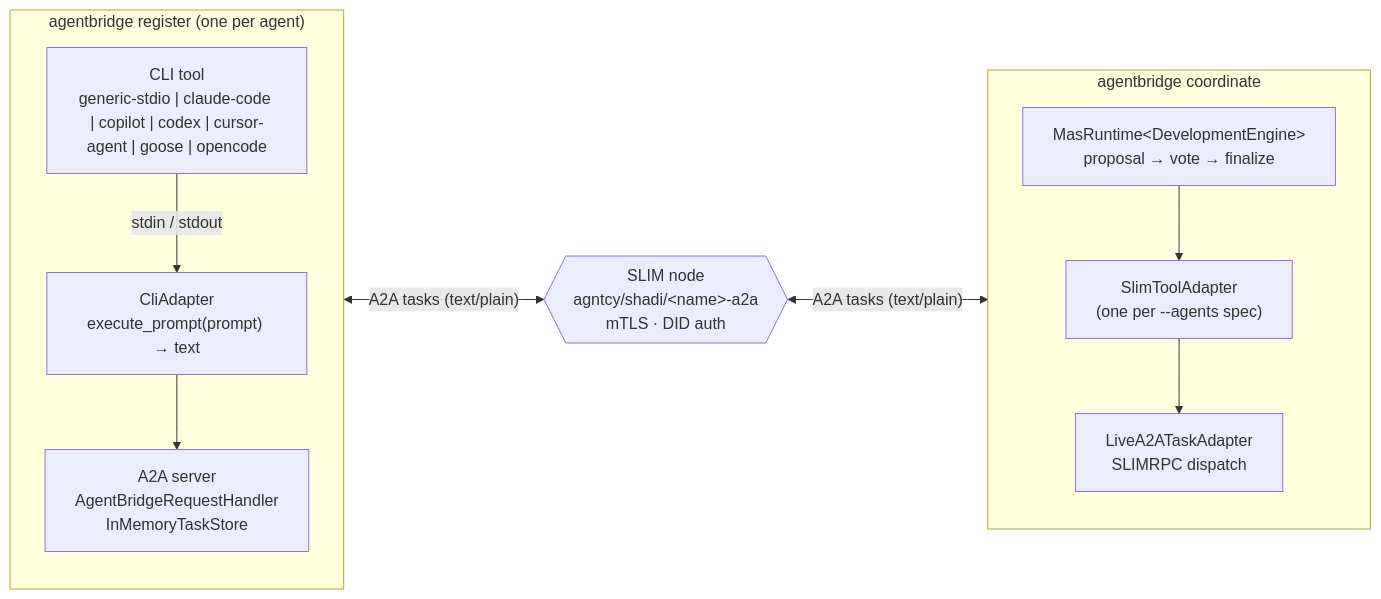
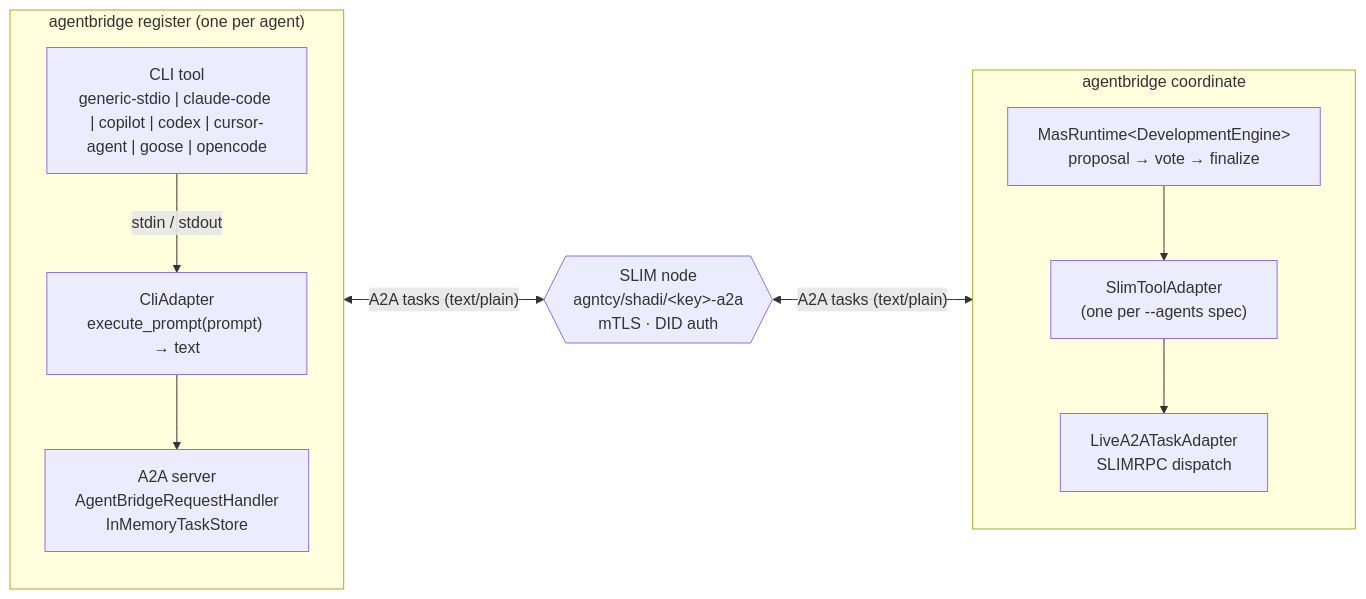
The first of 3 diagrams in docs/content/agentbridge.md (agntcy/shadi), drawn with Mermaid before and after one commit. The commit also changed other lines of this file and 10 other files, not shown here.

First line of the commit message:
feat(agentbridge)!: name a listener on SLIM after its did:key (#578)

````diff
--- a/docs/content/agentbridge.md
+++ b/docs/content/agentbridge.md
@@ -70,23 +70,23 @@
 ```mermaid
 flowchart LR
   subgraph reg["agentbridge register  (one per agent)"]
     direction TB
     tool["CLI tool\ngeneric-stdio | claude-code | copilot | codex | cursor-agent | goose | opencode"]
     ca["CliAdapter\nexecute_prompt(prompt) → text"]
     srv["A2A server\nAgentBridgeRequestHandler\nInMemoryTaskStore"]
     tool -- "stdin / stdout" --> ca --> srv
   end
 
-  slim{{"SLIM node\nagntcy/shadi/&lt;name&gt;-a2a\nmTLS · DID auth"}}
+  slim{{"SLIM node\nagntcy/shadi/&lt;key&gt;-a2a\nmTLS · DID auth"}}
 
   subgraph coord["agentbridge coordinate"]
     direction TB
     mas["MasRuntime&lt;DevelopmentEngine&gt;\nproposal → vote → finalize"]
     sta["SlimToolAdapter\n(one per --agents spec)"]
     laa["LiveA2ATaskAdapter\nSLIMRPC dispatch"]
     mas --> sta --> laa
   end
 
   srv <-- "A2A tasks  (text/plain)" --> slim
   slim <-- "A2A tasks  (text/plain)" --> laa
 ```
````
